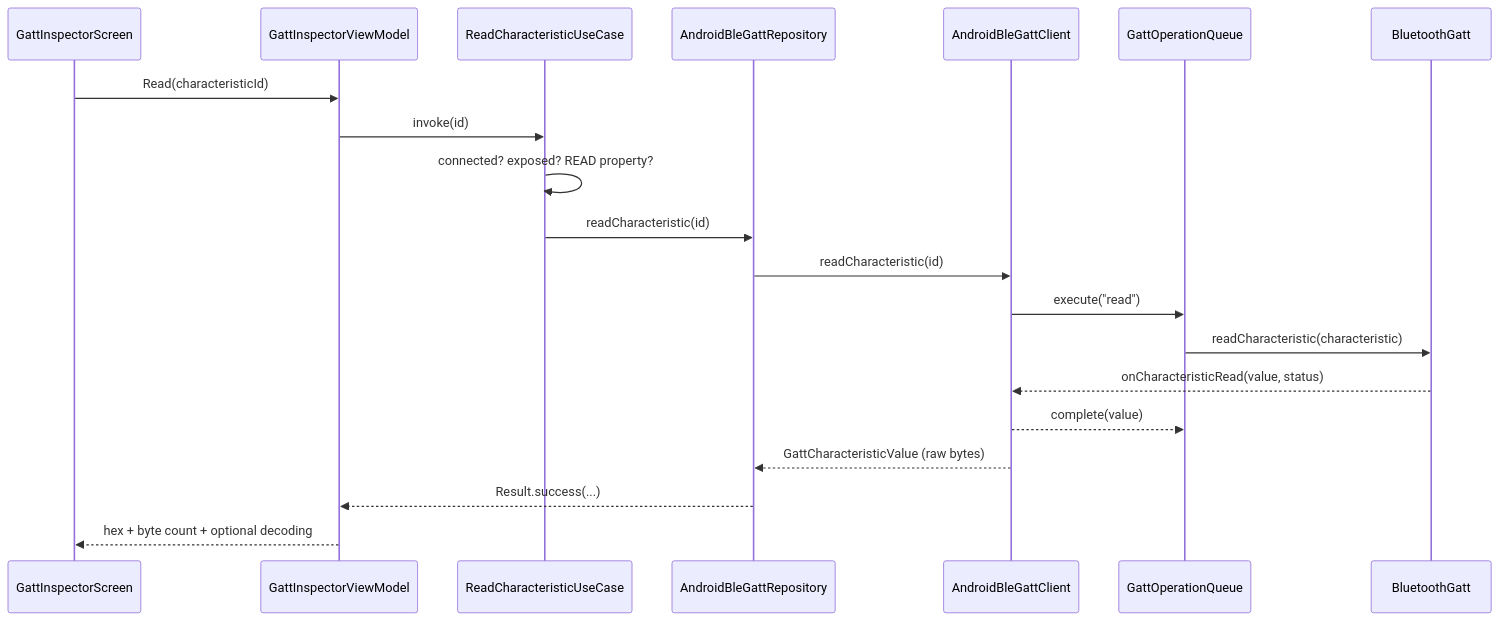
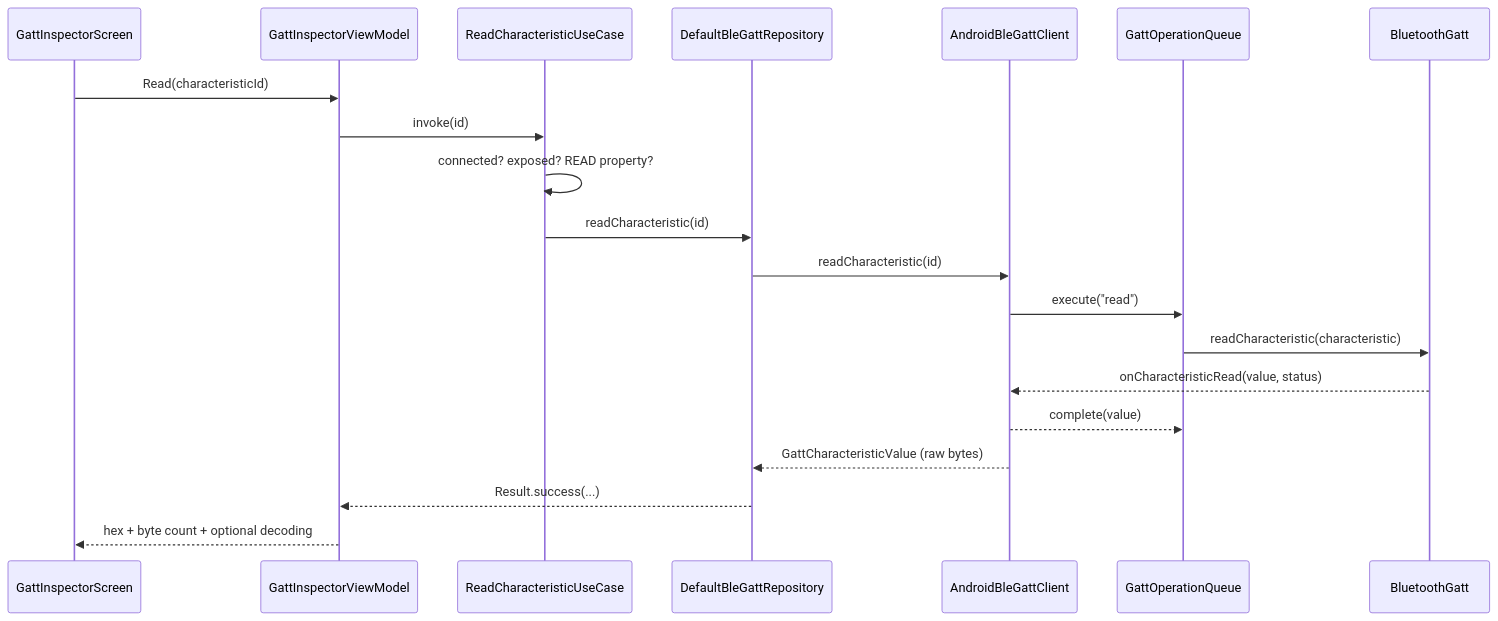
The third of 3 diagrams in README.md (radustavila/My-Ble-Sense), drawn with Mermaid before and after one commit. The commit also changed other lines of this file and 241 other files, not shown here.

````diff
--- a/README.md
+++ b/README.md
@@ -316,23 +340,23 @@
 ```mermaid
 sequenceDiagram
     participant UI as GattInspectorScreen
     participant VM as GattInspectorViewModel
     participant UC as ReadCharacteristicUseCase
-    participant Repo as AndroidBleGattRepository
+    participant Repo as DefaultBleGattRepository
     participant Client as AndroidBleGattClient
     participant Queue as GattOperationQueue
     participant OS as BluetoothGatt
 
     UI->>VM: Read(characteristicId)
     VM->>UC: invoke(id)
     UC->>UC: connected? exposed? READ property?
     UC->>Repo: readCharacteristic(id)
     Repo->>Client: readCharacteristic(id)
     Client->>Queue: execute("read")
     Queue->>OS: readCharacteristic(characteristic)
     OS-->>Client: onCharacteristicRead(value, status)
     Client-->>Queue: complete(value)
     Client-->>Repo: GattCharacteristicValue (raw bytes)
     Repo-->>VM: Result.success(...)
     VM-->>UI: hex + byte count + optional decoding
 ```
````
